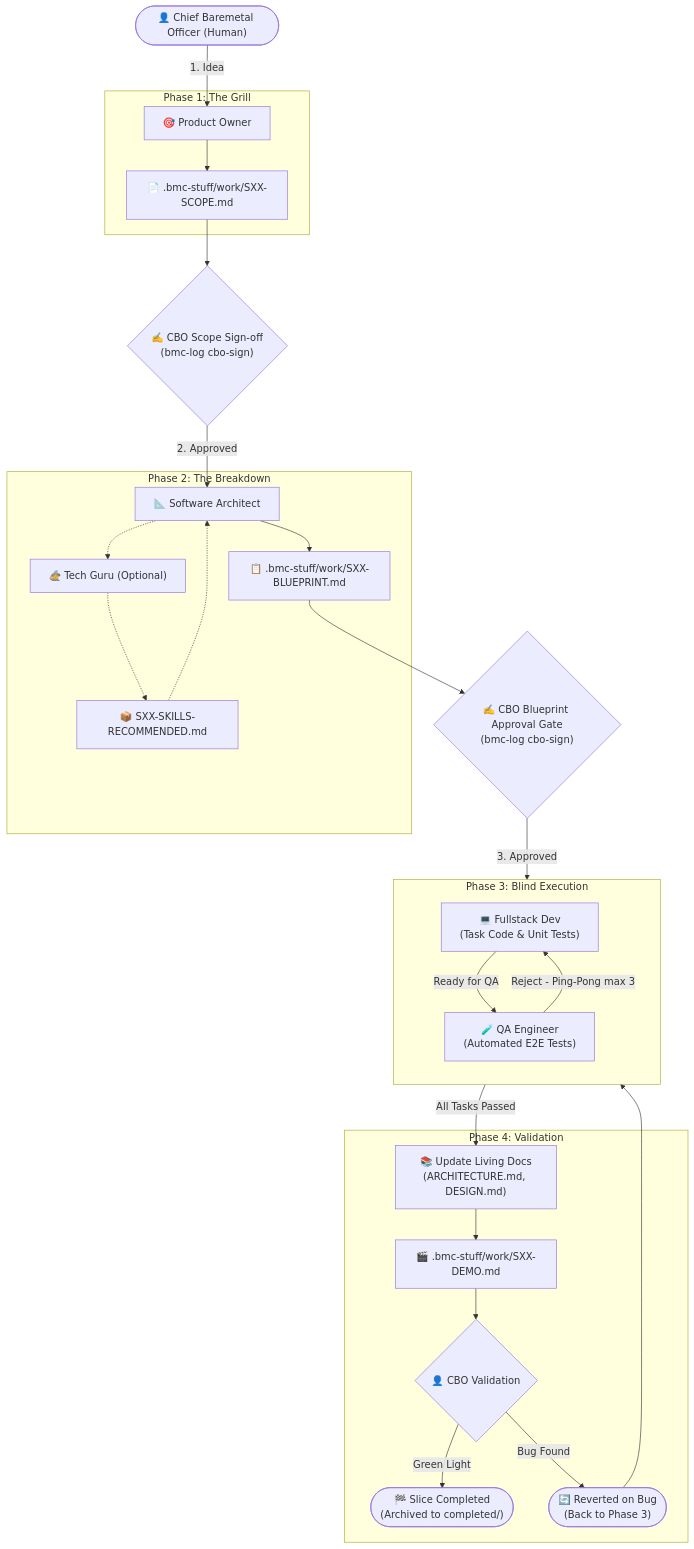
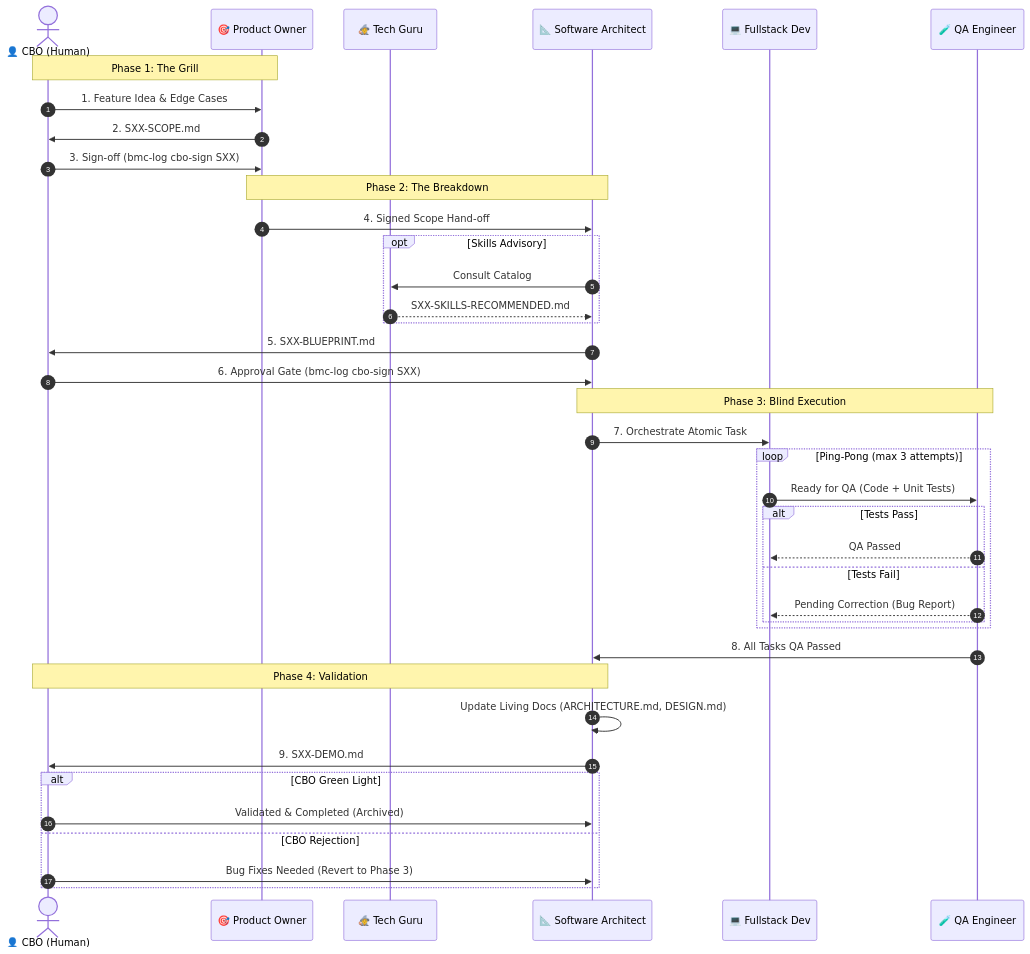
The diagram in README.md (devmunoz/baremetal-crew), drawn with Mermaid before and after one commit. The commit also changed 1 other file, not shown here.

Commit message:
docs: use sequence diagram for slice execution lifecycle

````diff
--- a/README.md
+++ b/README.md
@@ -20,50 +20,45 @@
 ```mermaid
-flowchart TD
-    CBO(["👤 Chief Baremetal Officer (Human)"])
-    
-    subgraph P1 ["Phase 1: The Grill"]
-        PO["🎯 Product Owner"]
-        Scope["📄 .bmc-stuff/work/SXX-SCOPE.md"]
-        PO --> Scope
+sequenceDiagram
+    autonumber
+    actor CBO as 👤 CBO (Human)
+    participant PO as 🎯 Product Owner
+    participant TG as 🧙 Tech Guru
+    participant SA as 📐 Software Architect
+    participant Dev as 💻 Fullstack Dev
+    participant QA as 🧪 QA Engineer
+
+    Note over CBO,PO: Phase 1: The Grill
+    CBO->>PO: 1. Feature Idea & Edge Cases
+    PO->>CBO: 2. SXX-SCOPE.md
+    CBO->>PO: 3. Sign-off (bmc-log cbo-sign SXX)
+
+    Note over PO,SA: Phase 2: The Breakdown
+    PO->>SA: 4. Signed Scope Hand-off
+    opt Skills Advisory
+        SA->>TG: Consult Catalog
+        TG-->>SA: SXX-SKILLS-RECOMMENDED.md
     end
+    SA->>CBO: 5. SXX-BLUEPRINT.md
+    CBO->>SA: 6. Approval Gate (bmc-log cbo-sign SXX)
 
-    Gate1{"✍️ CBO Scope Sign-off<br/>(bmc-log cbo-sign)"}
+    Note over SA,QA: Phase 3: Blind Execution
+    SA->>Dev: 7. Orchestrate Atomic Task
+    loop Ping-Pong (max 3 attempts)
+        Dev->>QA: Ready for QA (Code + Unit Tests)
+        alt Tests Pass
+            QA-->>Dev: QA Passed
+        else Tests Fail
+            QA-->>Dev: Pending Correction (Bug Report)
+        end
+    end
+    QA->>SA: 8. All Tasks QA Passed
 
-    subgraph P2 ["Phase 2: The Breakdown"]
-        SA["📐 Software Architect"]
-        TG["🧙 Tech Guru (Optional)"]
-        Skills["📦 SXX-SKILLS-RECOMMENDED.md"]
-        Blueprint["📋 .bmc-stuff/work/SXX-BLUEPRINT.md"]
-        SA -.-> TG -.-> Skills -.-> SA
-        SA --> Blueprint
+    Note over CBO,SA: Phase 4: Validation
+    SA->>SA: Update Living Docs (ARCHITECTURE.md, DESIGN.md)
+    SA->>CBO: 9. SXX-DEMO.md
+    alt CBO Green Light
+        CBO->>SA: Validated & Completed (Archived)
+    else CBO Rejection
+        CBO->>SA: Bug Fixes Needed (Revert to Phase 3)
     end
-
-    Gate2{"✍️ CBO Blueprint Approval Gate<br/>(bmc-log cbo-sign)"}
-
-    subgraph P3 ["Phase 3: Blind Execution"]
-        direction TB
-        Dev["💻 Fullstack Dev<br/>(Task Code & Unit Tests)"]
-        QA["🧪 QA Engineer<br/>(Automated E2E Tests)"]
-        Dev -->|Ready for QA| QA
-        QA -->|Reject - Ping-Pong max 3| Dev
-    end
-
-    subgraph P4 ["Phase 4: Validation"]
-        Docs["📚 Update Living Docs<br/>(ARCHITECTURE.md, DESIGN.md)"]
-        Demo["🎬 .bmc-stuff/work/SXX-DEMO.md"]
-        Gate3{"👤 CBO Validation"}
-        Done(["🏁 Slice Completed<br/>(Archived to completed/)"])
-        Bug(["🔄 Reverted on Bug<br/>(Back to Phase 3)"])
-        Docs --> Demo --> Gate3
-        Gate3 -->|Green Light| Done
-        Gate3 -->|Bug Found| Bug
-    end
-
-    CBO -->|1. Idea| PO
-    Scope --> Gate1
-    Gate1 -->|2. Approved| SA
-    Blueprint --> Gate2
-    Gate2 -->|3. Approved| Dev
-    QA -->|All Tasks Passed| Docs
-    Bug --> Dev
 ```
````
